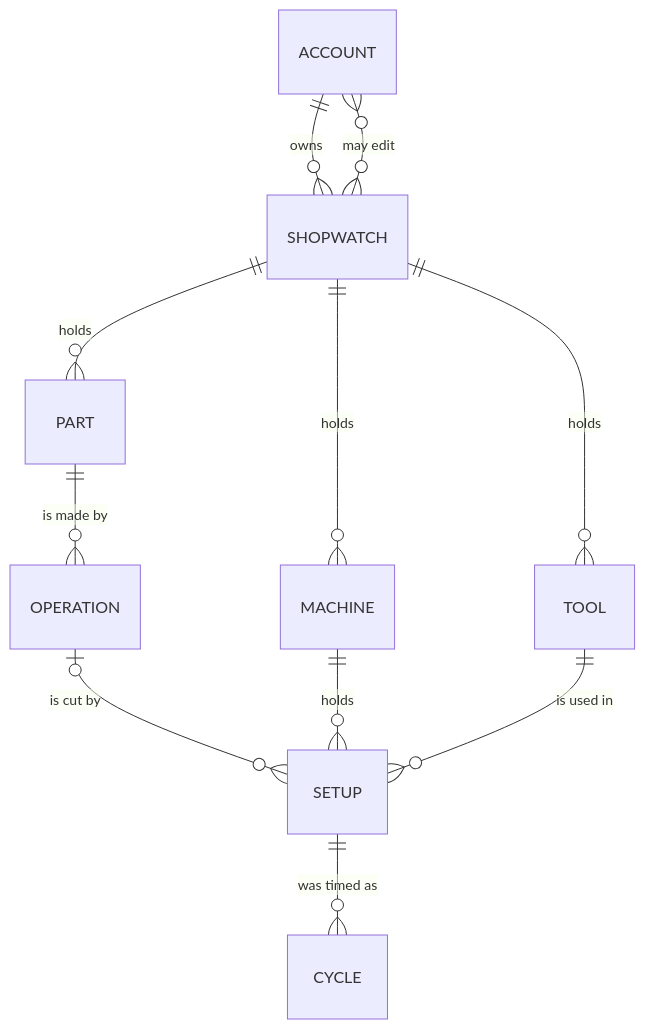
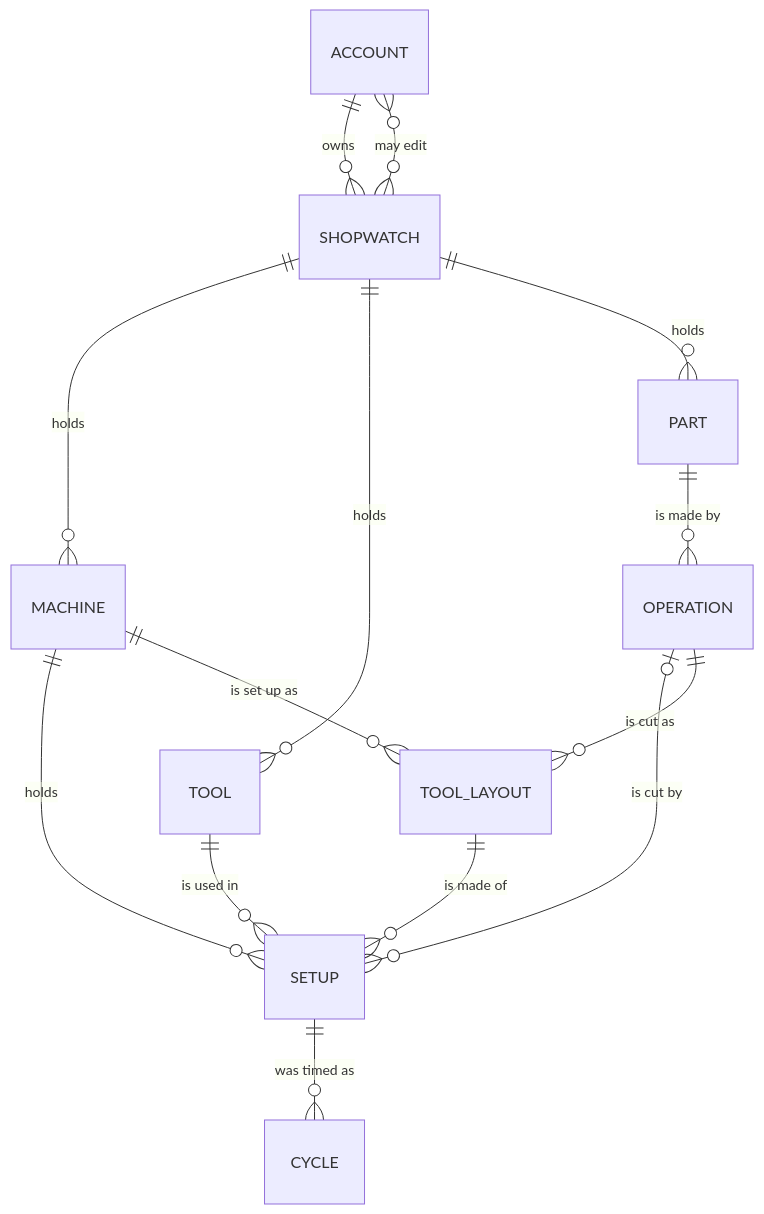
The diagram in plugin-packages/manufacturing/README.md (rwaynewhite15/MindMap3D), drawn with Mermaid before and after one commit. The commit also changed other lines of this file and 5 other files, not shown here.

````diff
--- a/plugin-packages/manufacturing/README.md
+++ b/plugin-packages/manufacturing/README.md
@@ -490,13 +608,16 @@
 ```mermaid
 erDiagram
-    ACCOUNT   ||--o{ SHOPWATCH : owns
-    ACCOUNT   }o--o{ SHOPWATCH : "may edit"
-    SHOPWATCH ||--o{ MACHINE   : holds
-    SHOPWATCH ||--o{ TOOL      : holds
-    SHOPWATCH ||--o{ PART      : holds
-    PART      ||--o{ OPERATION : "is made by"
-    OPERATION |o--o{ SETUP     : "is cut by"
-    MACHINE   ||--o{ SETUP     : "holds"
-    TOOL      ||--o{ SETUP     : "is used in"
-    SETUP     ||--o{ CYCLE     : "was timed as"
+    ACCOUNT     ||--o{ SHOPWATCH   : owns
+    ACCOUNT     }o--o{ SHOPWATCH   : "may edit"
+    SHOPWATCH   ||--o{ MACHINE     : holds
+    SHOPWATCH   ||--o{ TOOL        : holds
+    SHOPWATCH   ||--o{ PART        : holds
+    PART        ||--o{ OPERATION   : "is made by"
+    OPERATION   |o--o{ SETUP       : "is cut by"
+    MACHINE     ||--o{ SETUP       : "holds"
+    TOOL        ||--o{ SETUP       : "is used in"
+    SETUP       ||--o{ CYCLE       : "was timed as"
+    MACHINE     ||--o{ TOOL_LAYOUT : "is set up as"
+    OPERATION   ||--o{ TOOL_LAYOUT : "is cut as"
+    TOOL_LAYOUT ||--o{ SETUP       : "is made of"
 ```
````
